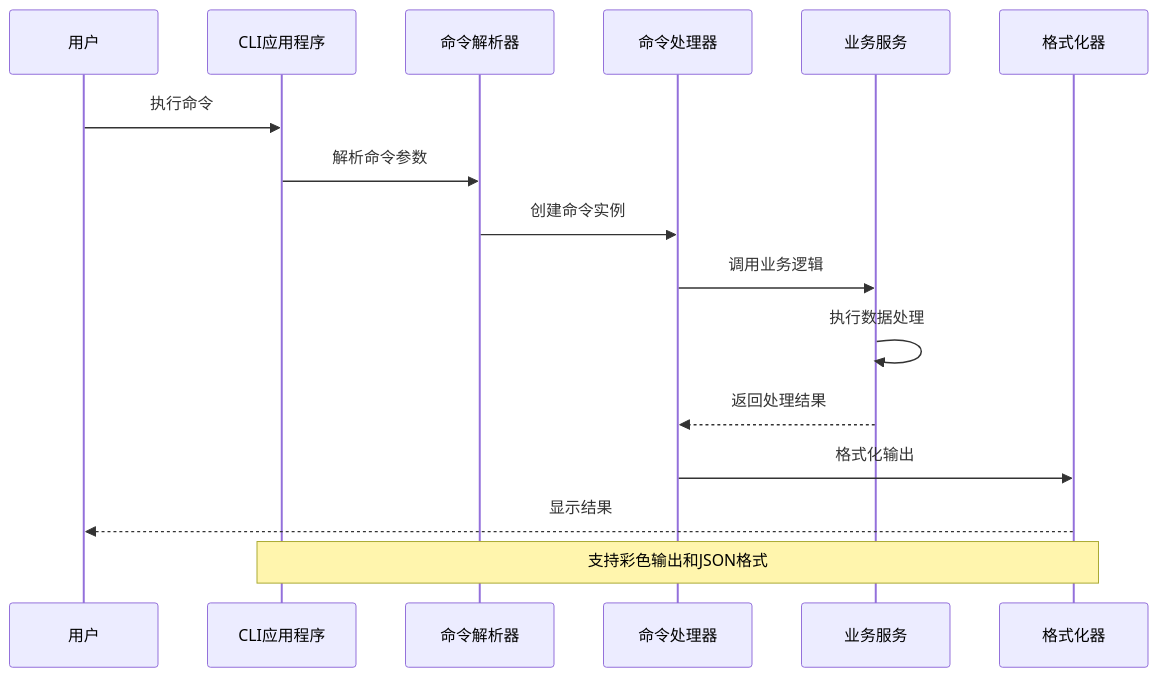
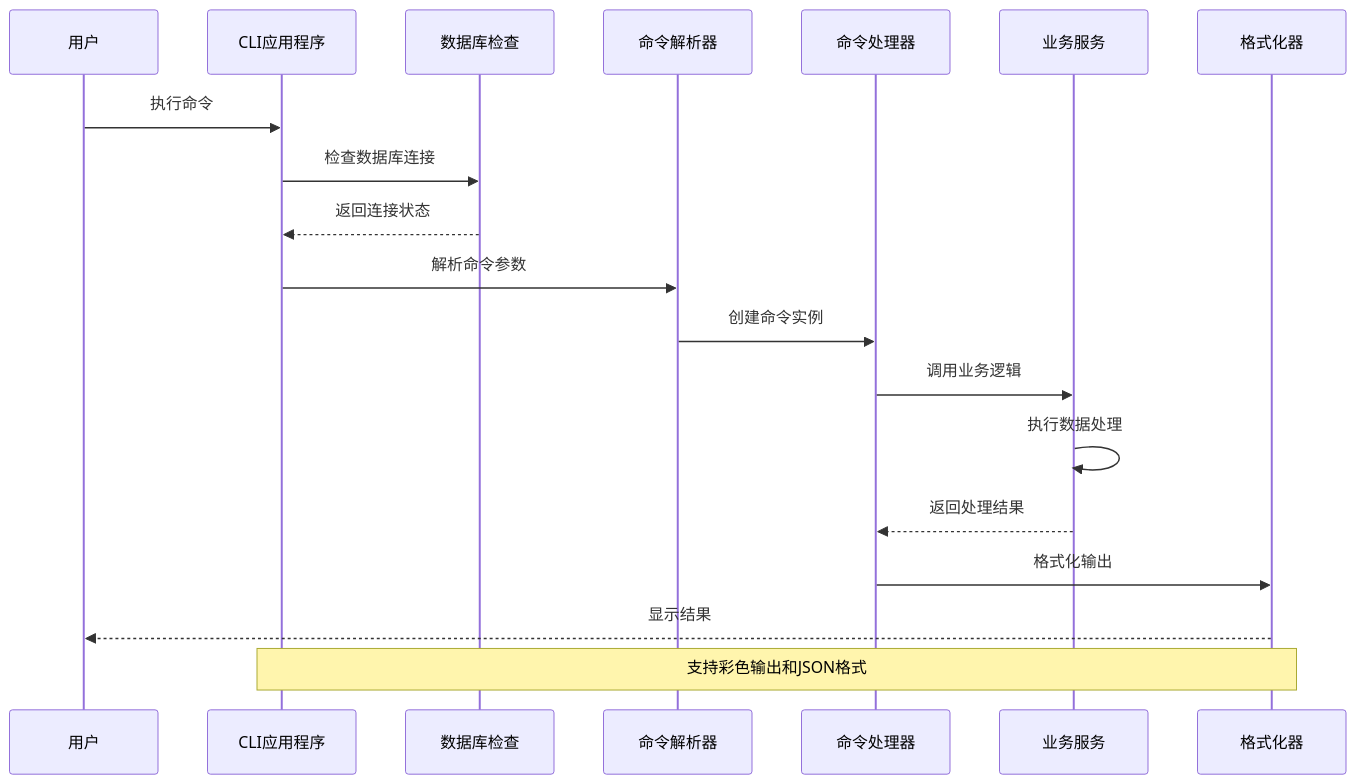
The second of 9 diagrams in .qoder/repowiki/zh/content/核心功能开发/命令行界面.md (gree-coder/fund-butler), drawn with Mermaid before and after one commit. The commit also changed other lines of this file and 4 other files, not shown here.

````diff
--- a/.qoder/repowiki/zh/content/核心功能开发/命令行界面.md
+++ b/.qoder/repowiki/zh/content/核心功能开发/命令行界面.md
@@ -130,18 +170,21 @@
 ```mermaid
 sequenceDiagram
 participant User as 用户
 participant CLI as CLI应用程序
+participant DBCheck as 数据库检查
 participant Parser as 命令解析器
 participant Command as 命令处理器
 participant Service as 业务服务
 participant Formatter as 格式化器
 User->>CLI : 执行命令
+CLI->>DBCheck : 检查数据库连接
+DBCheck-->>CLI : 返回连接状态
 CLI->>Parser : 解析命令参数
 Parser->>Command : 创建命令实例
 Command->>Service : 调用业务逻辑
 Service->>Service : 执行数据处理
 Service-->>Command : 返回处理结果
 Command->>Formatter : 格式化输出
 Formatter-->>User : 显示结果
 Note over CLI,Formatter : 支持彩色输出和JSON格式
 ```
````
